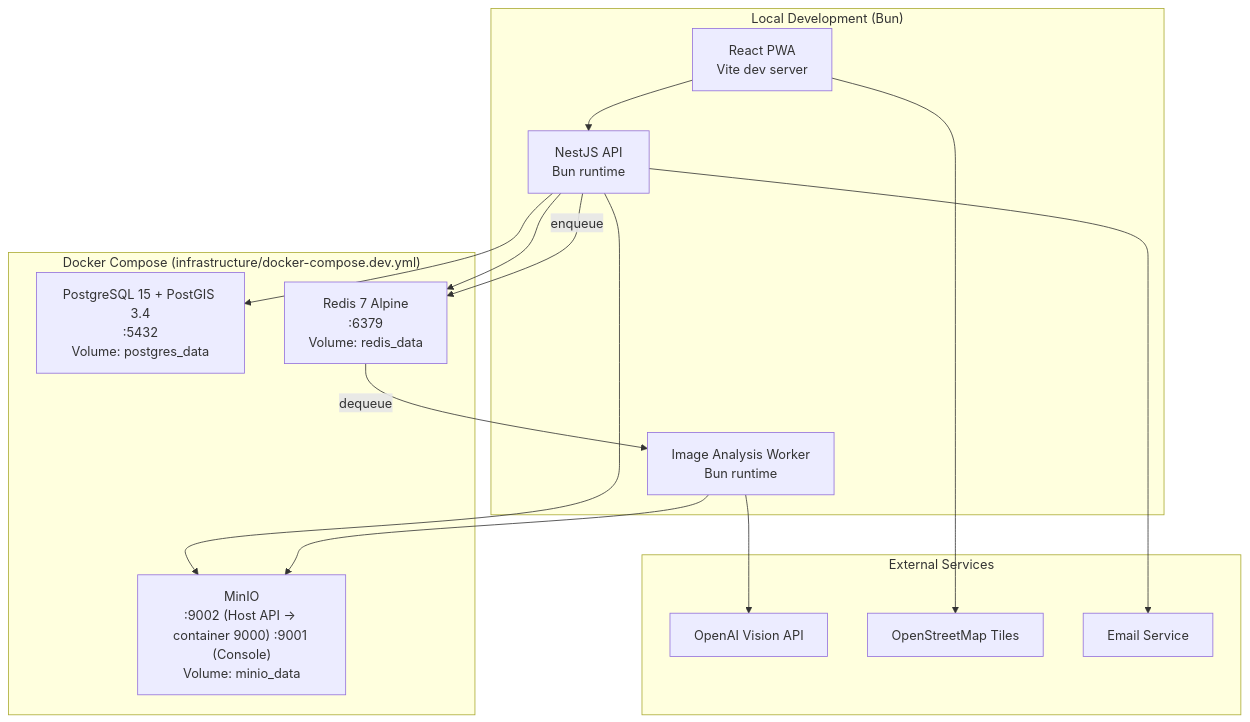
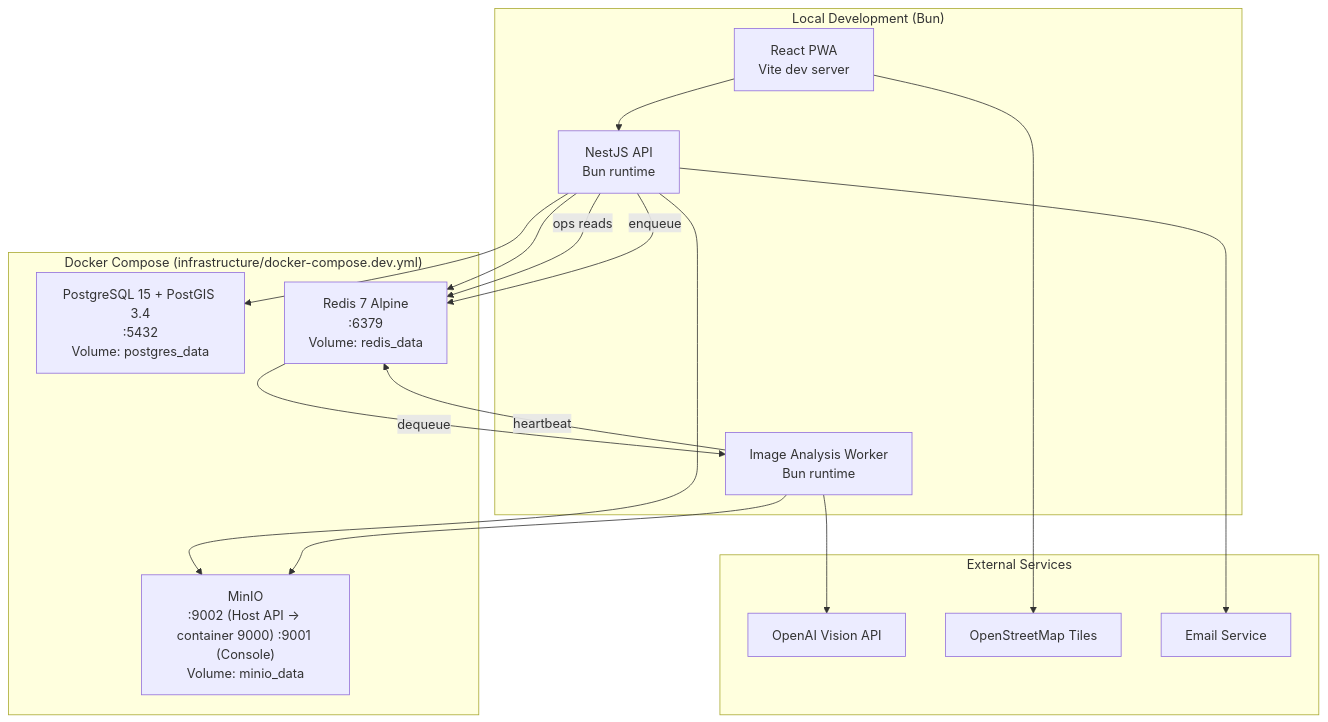
Before and after one commit to cleancentive/cleancentive: the diagram in docs/architecture/deployment.md, drawn with Mermaid. The commit also changed 7 other files, not shown here.

````diff
--- a/docs/architecture/deployment.md
+++ b/docs/architecture/deployment.md
@@ -7,31 +7,33 @@
 ```mermaid
 graph TD
     subgraph Local["Local Development (Bun)"]
         PWA["React PWA<br/>Vite dev server"]
         API["NestJS API<br/>Bun runtime"]
         Worker["Image Analysis Worker<br/>Bun runtime"]
     end
 
     subgraph Docker["Docker Compose (infrastructure/docker-compose.dev.yml)"]
         DB["PostgreSQL 15 + PostGIS 3.4<br/>:5432<br/>Volume: postgres_data"]
         Redis["Redis 7 Alpine<br/>:6379<br/>Volume: redis_data"]
         MinIO["MinIO<br/>:9002 (Host API -> container 9000) :9001 (Console)<br/>Volume: minio_data"]
     end
 
     subgraph External["External Services"]
         OpenAI["OpenAI Vision API"]
         OSM["OpenStreetMap Tiles"]
         EmailProvider["Email Service"]
     end
 
     PWA --> API
     PWA --> OSM
     API --> DB
     API --> Redis
     API --> MinIO
     API --> EmailProvider
+    API -->|ops reads| Redis
     API -->|enqueue| Redis
     Redis -->|dequeue| Worker
+    Worker -->|heartbeat| Redis
     Worker --> OpenAI
     Worker --> MinIO
 ```
````
